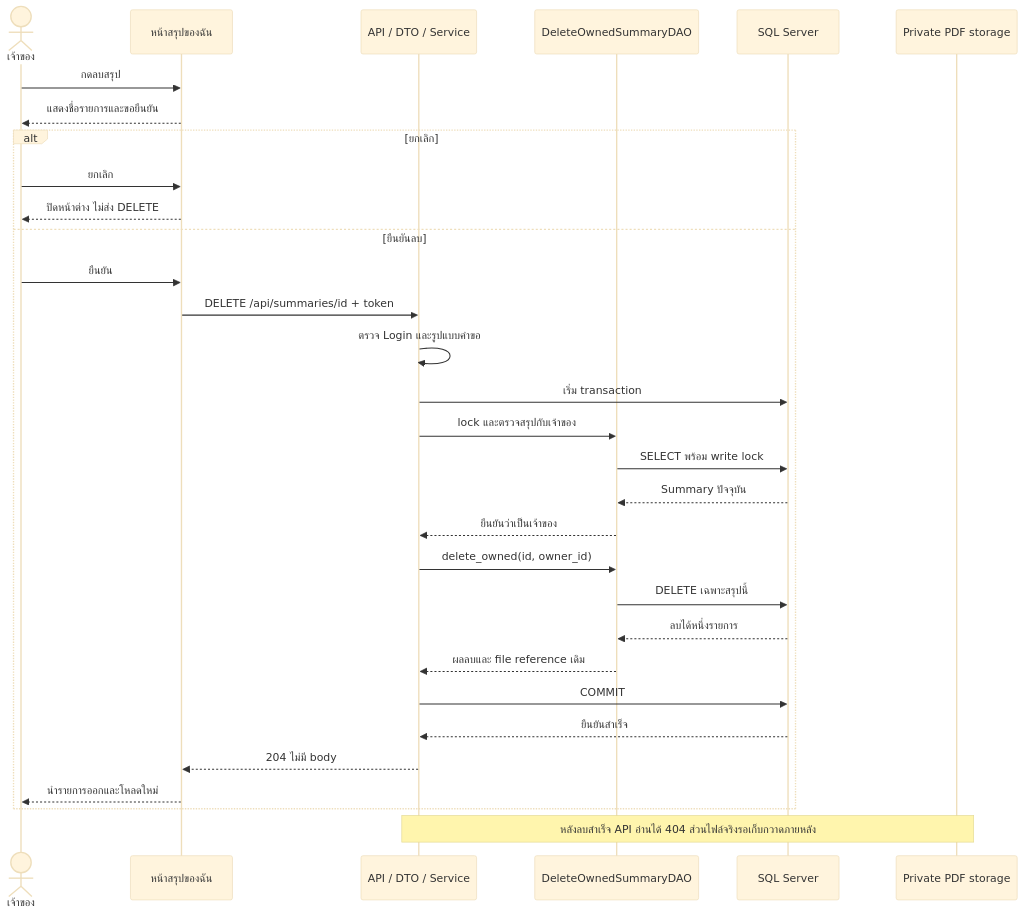
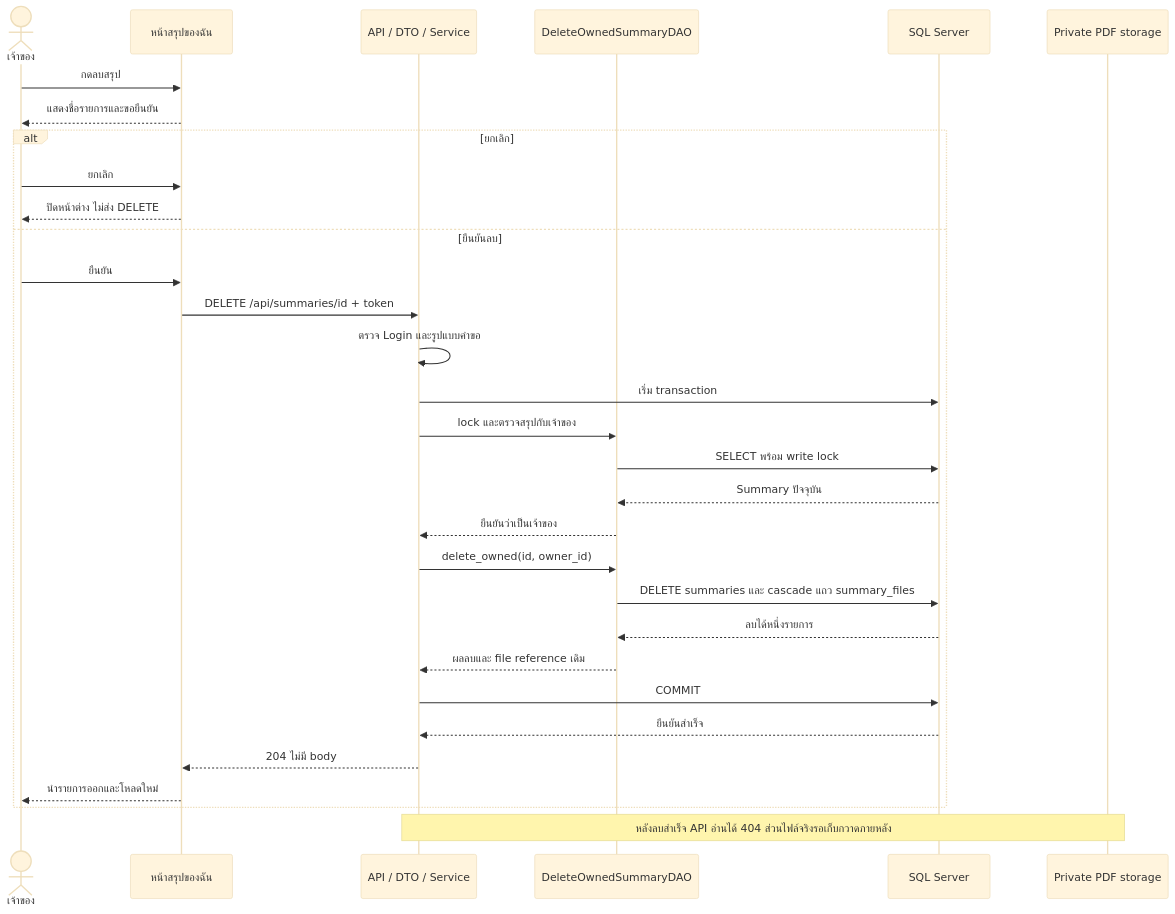
Before and after one commit to Lilieay/cs261-group4-100001: the diagram in docs/U7/design/diagrams/task101-delete.mmd, drawn with Mermaid (base theme). The commit also changed 13 other files, not shown here.

Commit message:
docs(task101): align PDF updates with shared schema

```diff
--- a/docs/U7/design/diagrams/task101-delete.mmd
+++ b/docs/U7/design/diagrams/task101-delete.mmd
@@ -1,31 +1,31 @@
 sequenceDiagram
     actor Owner as เจ้าของ
     participant UI as หน้าสรุปของฉัน
     participant API as API / DTO / Service
     participant DAO as DeleteOwnedSummaryDAO
     participant SQL as SQL Server
     participant Storage as Private PDF storage
     Owner->>UI: กดลบสรุป
     UI-->>Owner: แสดงชื่อรายการและขอยืนยัน
     alt ยกเลิก
         Owner->>UI: ยกเลิก
         UI-->>Owner: ปิดหน้าต่าง ไม่ส่ง DELETE
     else ยืนยันลบ
         Owner->>UI: ยืนยัน
         UI->>API: DELETE /api/summaries/id + token
         API->>API: ตรวจ Login และรูปแบบคำขอ
         API->>SQL: เริ่ม transaction
         API->>DAO: lock และตรวจสรุปกับเจ้าของ
         DAO->>SQL: SELECT พร้อม write lock
         SQL-->>DAO: Summary ปัจจุบัน
         DAO-->>API: ยืนยันว่าเป็นเจ้าของ
         API->>DAO: delete_owned(id, owner_id)
-        DAO->>SQL: DELETE เฉพาะสรุปนี้
+        DAO->>SQL: DELETE summaries และ cascade แถว summary_files
         SQL-->>DAO: ลบได้หนึ่งรายการ
         DAO-->>API: ผลลบและ file reference เดิม
         API->>SQL: COMMIT
         SQL-->>API: ยืนยันสำเร็จ
         API-->>UI: 204 ไม่มี body
         UI-->>Owner: นำรายการออกและโหลดใหม่
     end
     Note over API,Storage: หลังลบสำเร็จ API อ่านได้ 404 ส่วนไฟล์จริงรอเก็บกวาดภายหลัง
```
